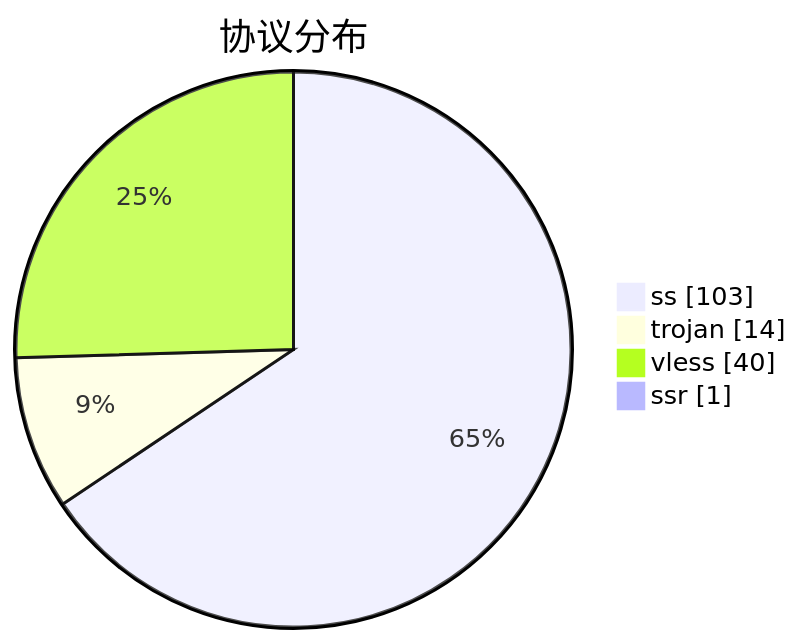
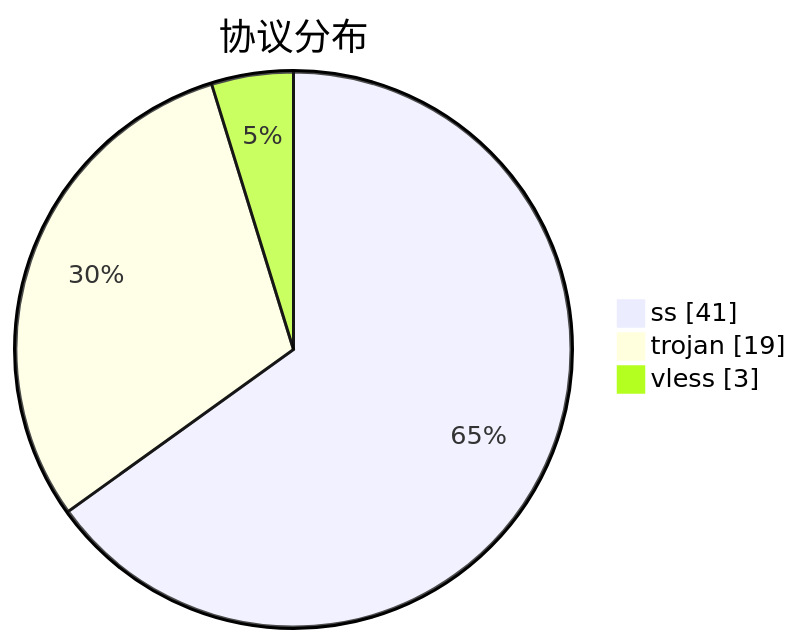
Before and after one commit to qjlxg/airport: the third of 3 diagrams in subs/statistics/tested_within.md, drawn with Mermaid. The commit also changed other lines of this file and 2 other files, not shown here.

````diff
--- a/subs/statistics/tested_within.md
+++ b/subs/statistics/tested_within.md
@@ -16,8 +16,7 @@
 ```mermaid
 pie showData
 title 协议分布
-"ss" : 103
-"trojan" : 14
-"vless" : 40
-"ssr" : 1
+"ss" : 41
+"trojan" : 19
+"vless" : 3
 ```
````
